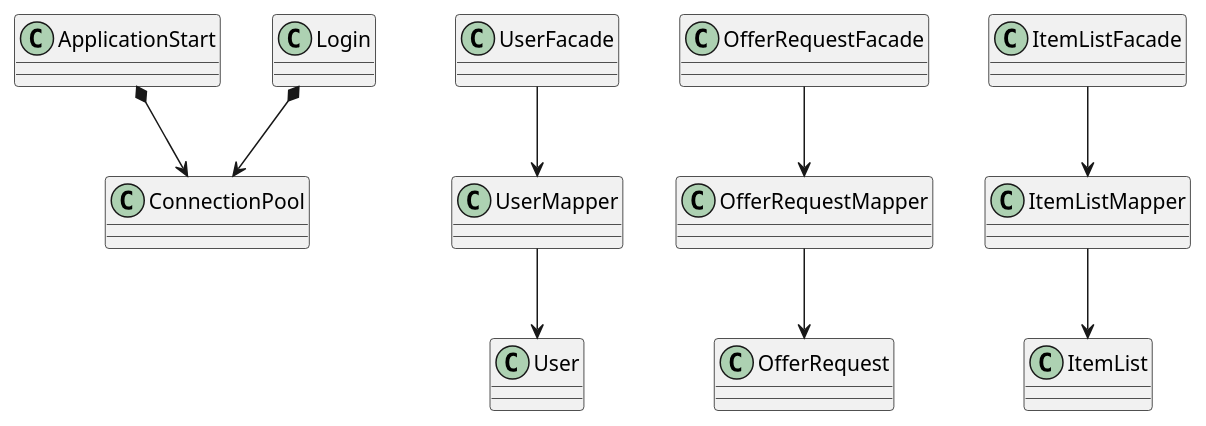
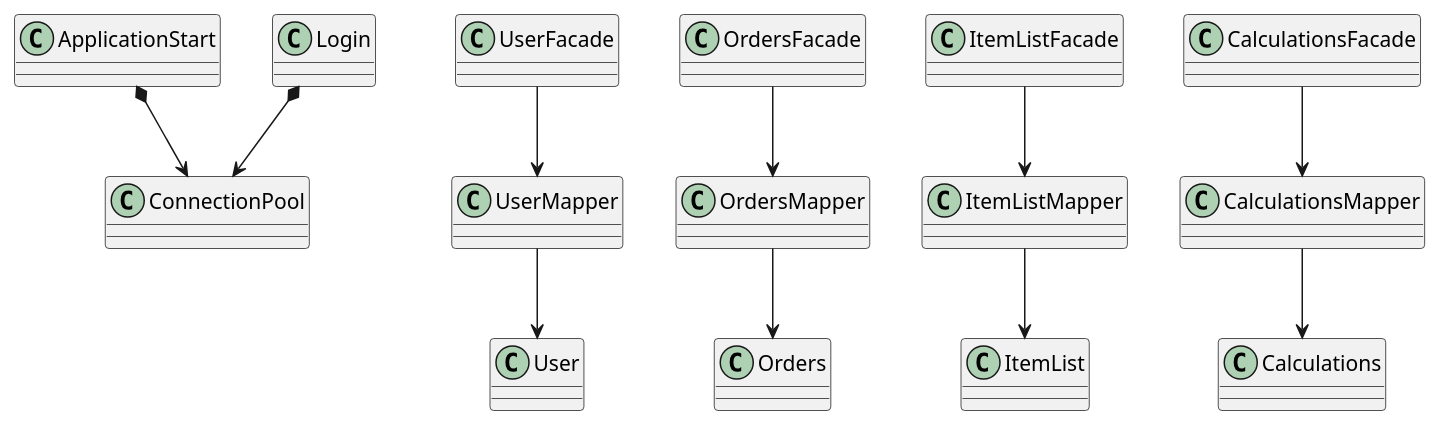
One commit to Salar86/ProjectFog changed the diagram in documentation/ClassDiagram.puml. Above: the diagram before and after it, drawn with PlantUML.

Commit message:
Class diagram startet 1.1 - Calculator class added - OfferRequest changed to Orders

```diff
--- a/documentation/ClassDiagram.puml
+++ b/documentation/ClassDiagram.puml
@@ -1,31 +1,38 @@
 @startuml
 'https://plantuml.com/class-diagram
 class ApplicationStart
 class ConnectionPool
 class Login
 
 ApplicationStart *--> ConnectionPool
 Login *--> ConnectionPool
 
 class User
 class UserMapper
 class UserFacade
 
-class OfferRequest
-class OfferRequestMapper
-class OfferRequestFacade
+class Orders
+class OrdersMapper
+class OrdersFacade
 
 class ItemList
 class ItemListMapper
 class ItemListFacade
 
+class Calculations
+class CalculationsMapper
+class CalculationsFacade
+
 UserFacade --> UserMapper
 UserMapper --> User
 
-OfferRequestFacade --> OfferRequestMapper
-OfferRequestMapper --> OfferRequest
+OrdersFacade --> OrdersMapper
+OrdersMapper --> Orders
 
 ItemListFacade --> ItemListMapper
 ItemListMapper --> ItemList
 
+CalculationsFacade --> CalculationsMapper
+CalculationsMapper --> Calculations
+
 @enduml
```
